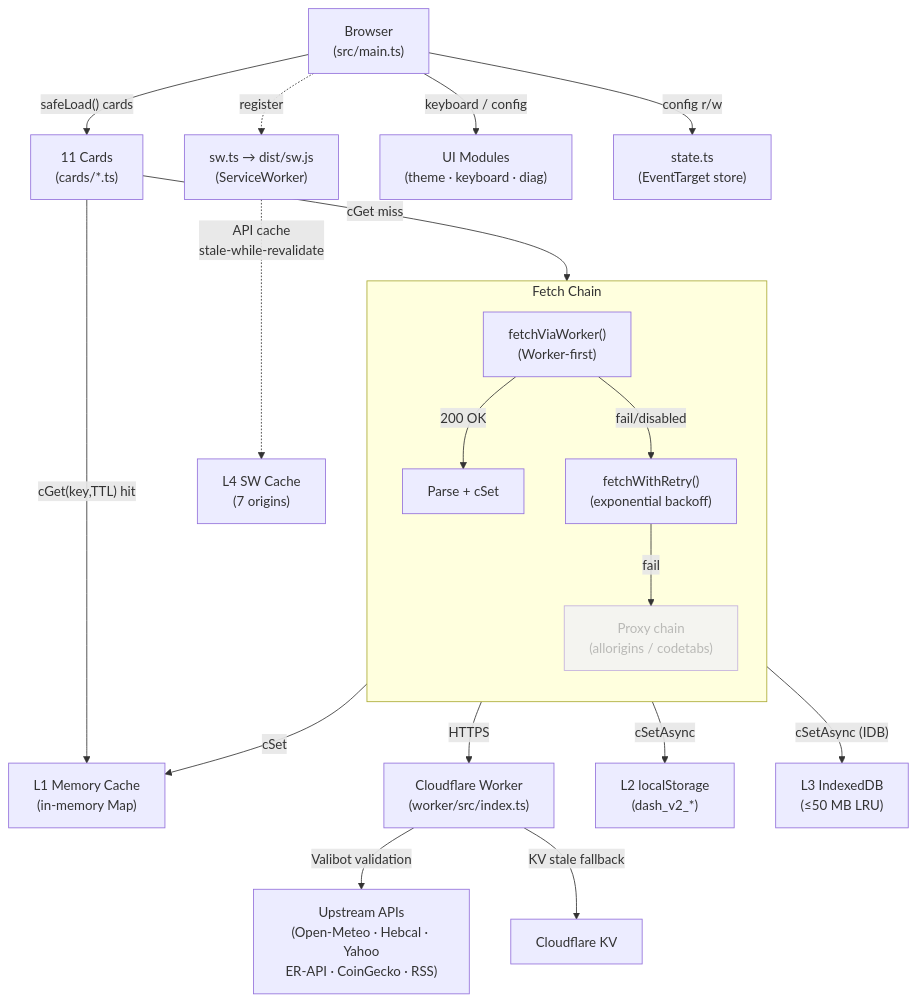
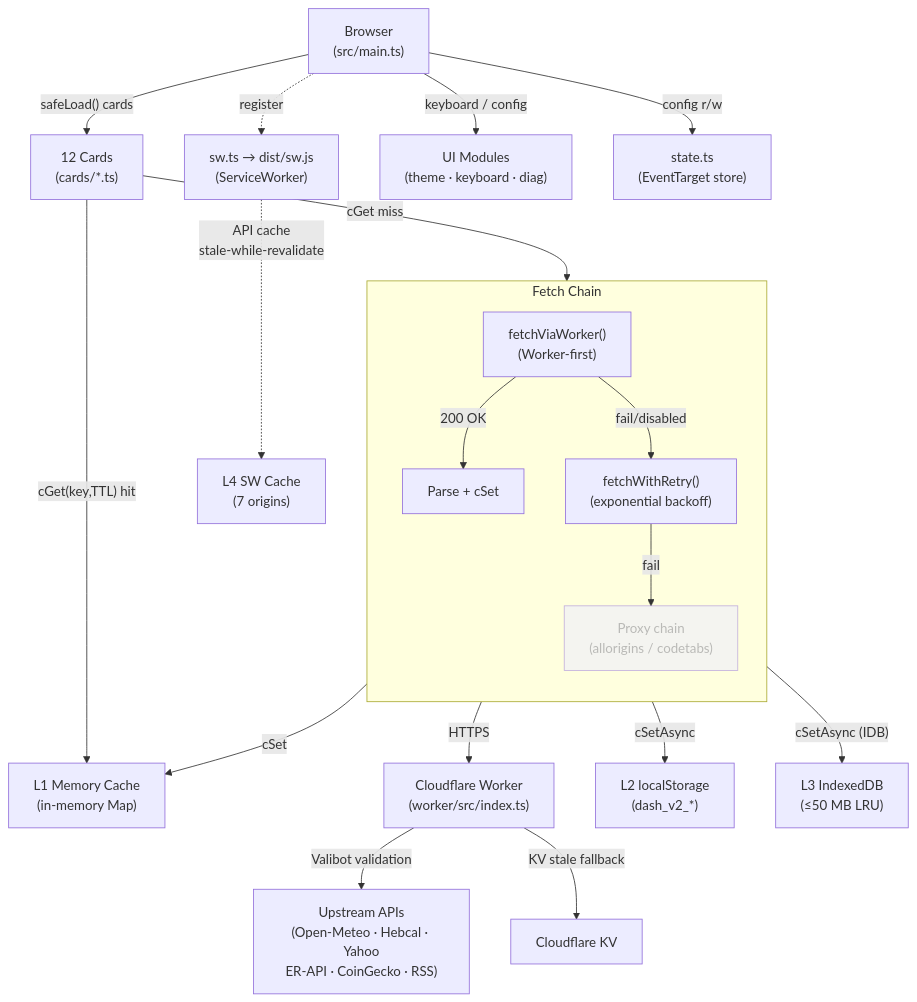
The diagram in ARCHITECTURE.md (RajwanYair/FamilyDashBoard), drawn with Mermaid before and after one commit. The commit also changed other lines of this file and 15 other files, not shown here.

````diff
--- a/ARCHITECTURE.md
+++ b/ARCHITECTURE.md
@@ -154,29 +155,29 @@
 ```mermaid
 flowchart TD
-    Browser["Browser\n(src/main.ts)"] -->|"safeLoad() cards"| Cards["11 Cards\n(cards/*.ts)"]
+    Browser["Browser\n(src/main.ts)"] -->|"safeLoad() cards"| Cards["12 Cards\n(cards/*.ts)"]
     Cards -->|"cGet(key,TTL) hit"| CacheL1["L1 Memory Cache\n(in-memory Map)"]
     Cards -->|"cGet miss"| FetchChain
 
     subgraph FetchChain["Fetch Chain"]
         direction TB
         FVW["fetchViaWorker()\n(Worker-first)"] -->|"200 OK"| ParseData["Parse + cSet"]
         FVW -->|"fail/disabled"| FWR["fetchWithRetry()\n(exponential backoff)"]
         FWR -->|"fail"| Proxies["Proxy chain\n(allorigins / codetabs)"]:::faded
     end
 
     FVW -->|"HTTPS"| Worker["Cloudflare Worker\n(worker/src/index.ts)"]
     Worker -->|"Valibot validation"| Upstream["Upstream APIs\n(Open-Meteo · Hebcal · Yahoo\nER-API · CoinGecko · RSS)"]
     Worker -->|"KV stale fallback"| CFKV["Cloudflare KV"]
 
     ParseData -->|"cSet"| CacheL1
     ParseData -->|"cSetAsync"| CacheL2["L2 localStorage\n(dash_v2_*)"]
     ParseData -->|"cSetAsync (IDB)"| CacheL3["L3 IndexedDB\n(≤50 MB LRU)"]
 
     SW["sw.ts → dist/sw.js\n(ServiceWorker)"] -.->|"API cache\nstale-while-revalidate"| CacheL4["L4 SW Cache\n(7 origins)"]
     Browser -.->|"register"| SW
 
     Browser -->|"keyboard / config"| UI["UI Modules\n(theme · keyboard · diag)"]
     Browser -->|"config r/w"| State["state.ts\n(EventTarget store)"]
 
     classDef faded opacity:0.55;
 ```
````
